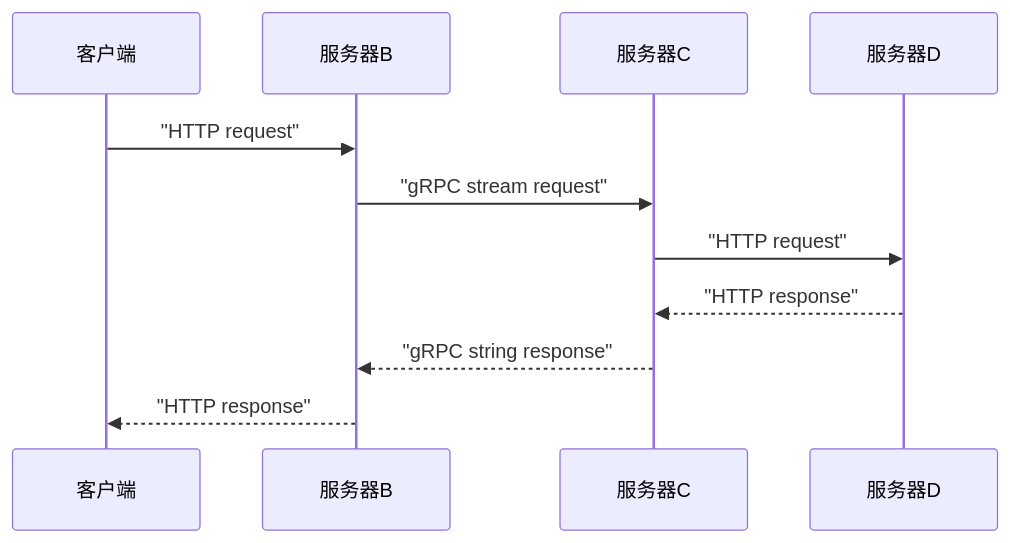
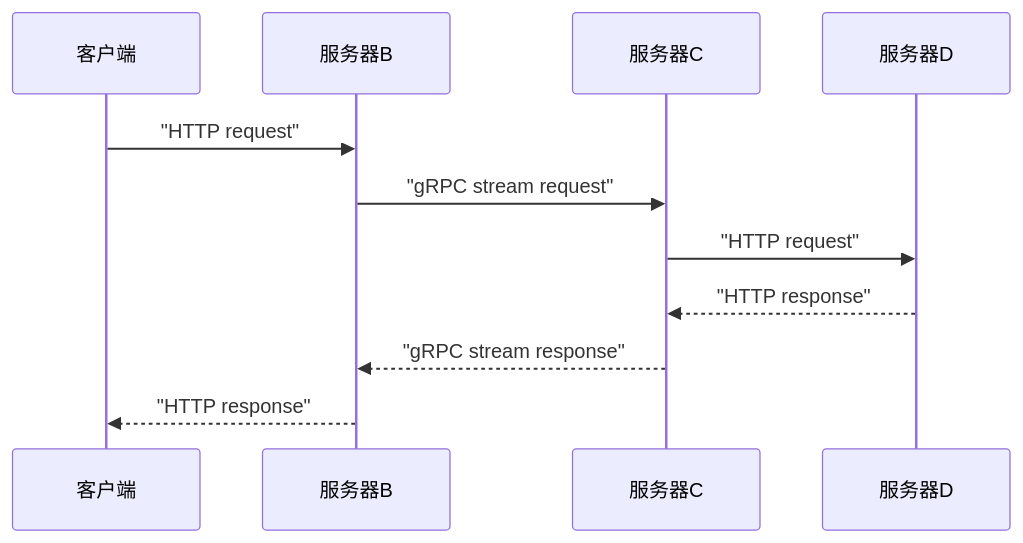
Before and after one commit to Presbyter/xyDemo: the diagram in README.md, drawn with Mermaid.

````diff
--- a/README.md
+++ b/README.md
@@ -5,14 +5,14 @@
 ```mermaid
 sequenceDiagram
     participant 客户端
     participant 服务器B
     participant 服务器C
     participant 服务器D
 
     客户端->>服务器B:"HTTP request"
     服务器B->>服务器C:"gRPC stream request"
     服务器C->>服务器D:"HTTP request"
     服务器D-->>服务器C:"HTTP response"
-    服务器C-->>服务器B:"gRPC string response"
+    服务器C-->>服务器B:"gRPC stream response"
     服务器B-->>客户端:"HTTP response"
 ```
````
